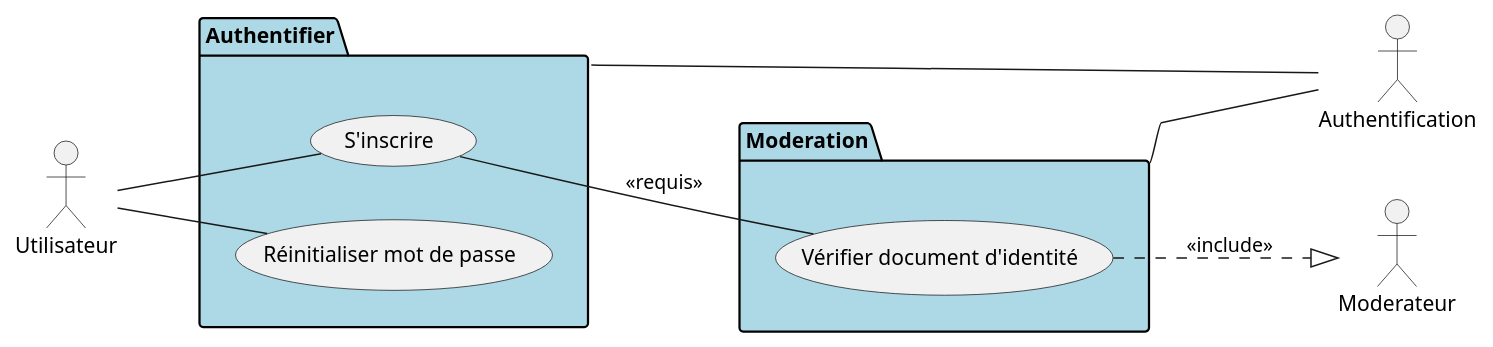
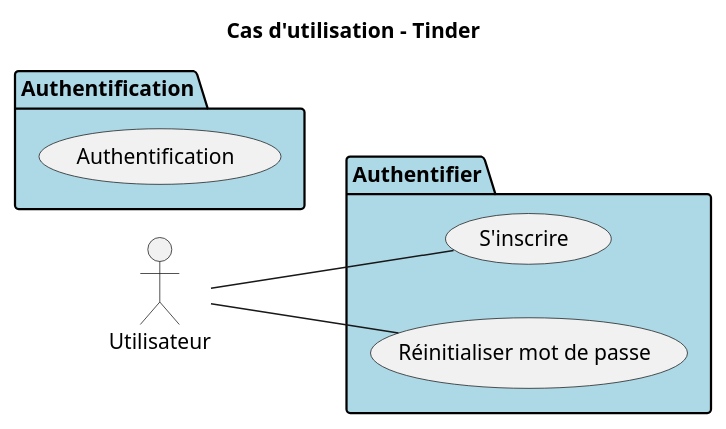
One commit to MinaroliCorentin/PSO changed the diagram in src/Projet_Tinder_Cas_Utilisation_Authentifier.puml. Above: the diagram before and after it, drawn with PlantUML. The commit also changed 9 other files, not shown here.

Commit message:
Maj des cas d'utilisation

```diff
--- a/src/Projet_Tinder_Cas_Utilisation_Authentifier.puml
+++ b/src/Projet_Tinder_Cas_Utilisation_Authentifier.puml
@@ -1,33 +1,23 @@
 @startuml
 
 left to right direction
+title Cas d'utilisation - Tinder
 
-'Acteurs'
 actor Utilisateur
-actor Moderateur
-actor Authentification
 
+package "Authentification" #LightBlue {
 
-package "Moderation" #LightBlue {
-
-    usecase "Vérifier document d'identité" as auth_verif_identite
+    usecase "Authentification" as auth
 
 }
 
 package "Authentifier" #LightBlue {
 
     usecase "S'inscrire" as auth_inscription
     usecase "Réinitialiser mot de passe" as auth_reset_mdp
 
     Utilisateur -- auth_inscription
-    auth_inscription -- auth_verif_identite : <<requis>>
-    auth_verif_identite ..|> Moderateur : <<include>>
     Utilisateur -- auth_reset_mdp
 
 }
-
-Authentifier -- "Authentification"
-Moderation -- "Authentification"
-
-
 @enduml
```
